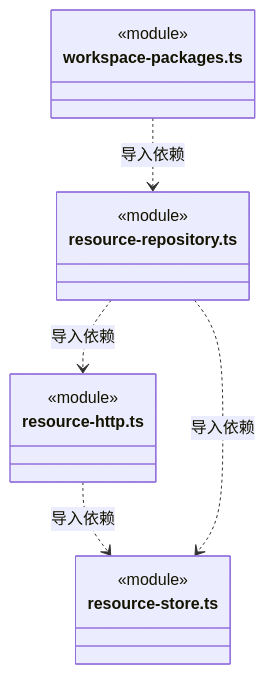
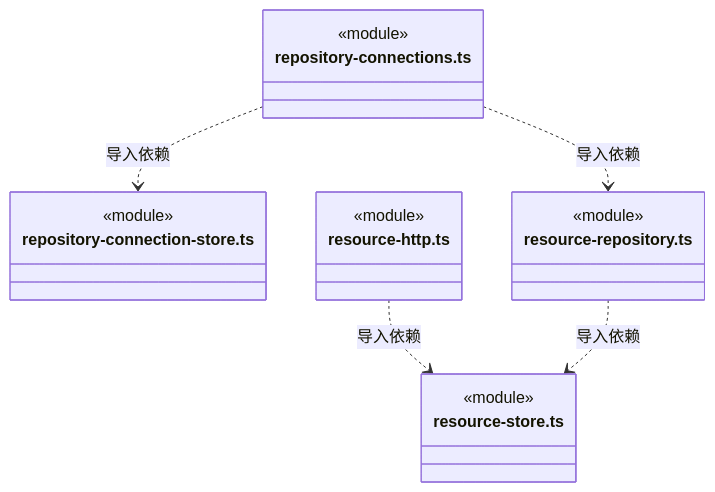
The tenth of 11 diagrams in src/backend/main/resources/ARCHITECTURE.md (nan023062/cbim), drawn with Mermaid before and after one commit. The commit also changed other lines of this file and 49 other files, not shown here.

````diff
--- a/src/backend/main/resources/ARCHITECTURE.md
+++ b/src/backend/main/resources/ARCHITECTURE.md
@@ -181,19 +297,22 @@
 ```mermaid
 classDiagram
+class N_src_backend_main_resources_repository_connections_ts["repository-connections.ts"] {
+  <<module>>
+}
+class N_src_backend_main_resources_repository_connection_store_ts["repository-connection-store.ts"] {
+  <<module>>
+}
+class N_src_backend_main_resources_resource_repository_ts["resource-repository.ts"] {
+  <<module>>
+}
 class N_src_backend_main_resources_resource_http_ts["resource-http.ts"] {
   <<module>>
 }
 class N_src_backend_main_resources_resource_store_ts["resource-store.ts"] {
   <<module>>
 }
-class N_src_backend_main_resources_resource_repository_ts["resource-repository.ts"] {
-  <<module>>
-}
-class N_src_backend_main_resources_workspace_packages_ts["workspace-packages.ts"] {
-  <<module>>
-}
+N_src_backend_main_resources_repository_connections_ts ..> N_src_backend_main_resources_repository_connection_store_ts : 导入依赖
+N_src_backend_main_resources_repository_connections_ts ..> N_src_backend_main_resources_resource_repository_ts : 导入依赖
 N_src_backend_main_resources_resource_http_ts ..> N_src_backend_main_resources_resource_store_ts : 导入依赖
 N_src_backend_main_resources_resource_repository_ts ..> N_src_backend_main_resources_resource_store_ts : 导入依赖
-N_src_backend_main_resources_resource_repository_ts ..> N_src_backend_main_resources_resource_http_ts : 导入依赖
-N_src_backend_main_resources_workspace_packages_ts ..> N_src_backend_main_resources_resource_repository_ts : 导入依赖
 ```
````
